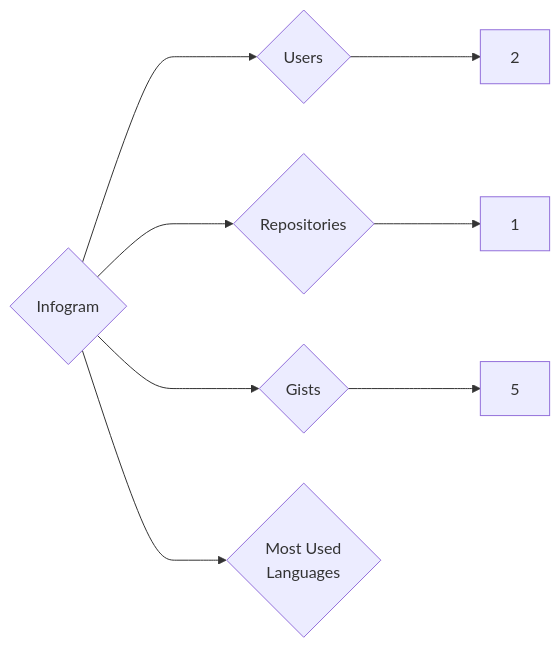
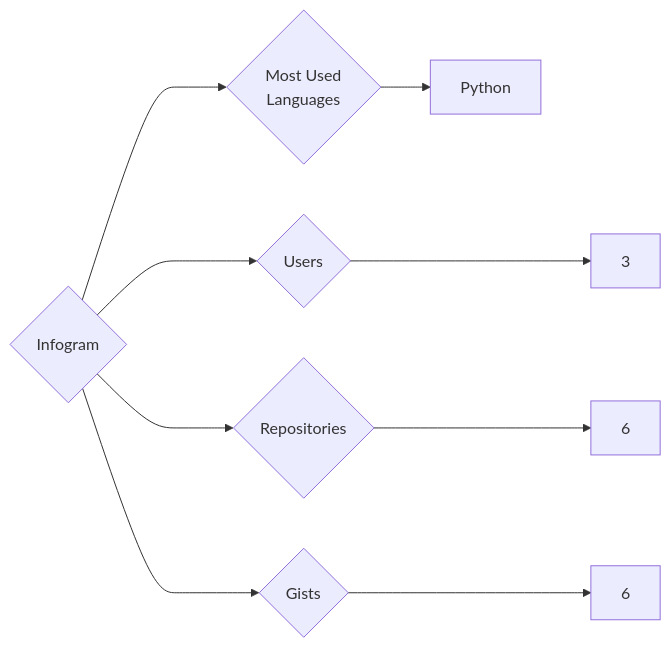
The diagram in targets/Infogram/README.md (trickest/insiders), drawn with Mermaid before and after one commit. The commit also changed 997 other files, not shown here.

````diff
--- a/targets/Infogram/README.md
+++ b/targets/Infogram/README.md
@@ -3,8 +3,9 @@
 ```mermaid
 graph LR
 COMPANY_NAME{Infogram}
-COMPANY_NAME ---> U{Users} ---> UN[2]
-COMPANY_NAME ---> R{Repositories} ---> RN[1]
-COMPANY_NAME ---> G{Gists} ---> GN[5]
+COMPANY_NAME ---> U{Users} ---> UN[3]
+COMPANY_NAME ---> R{Repositories} ---> RN[6]
+COMPANY_NAME ---> G{Gists} ---> GN[6]
 COMPANY_NAME ---> ML{Most Used<br>Languages}
+ML --> Python[Python]
 ```
````
